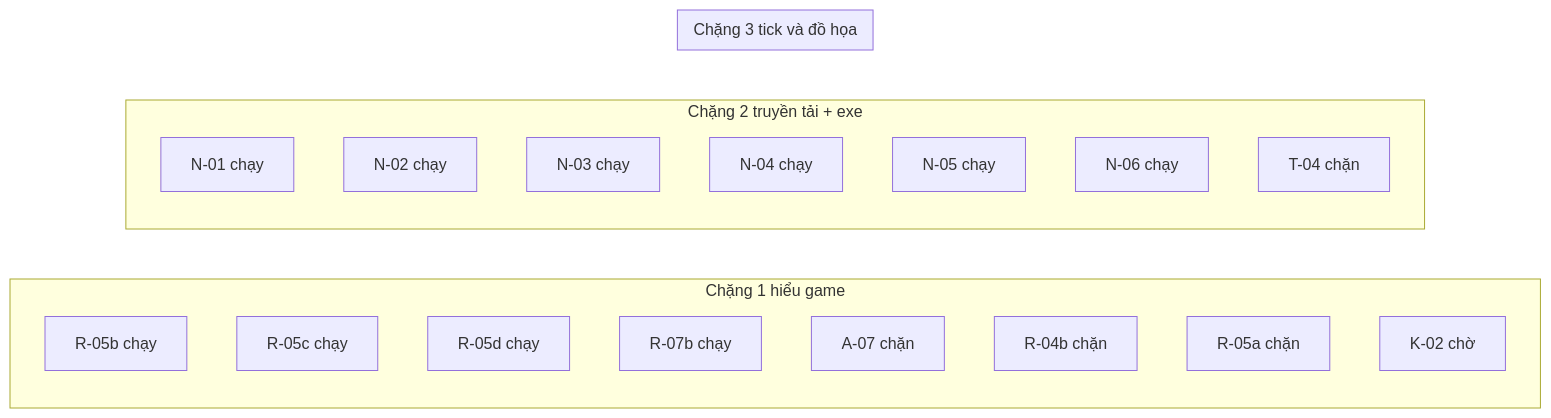
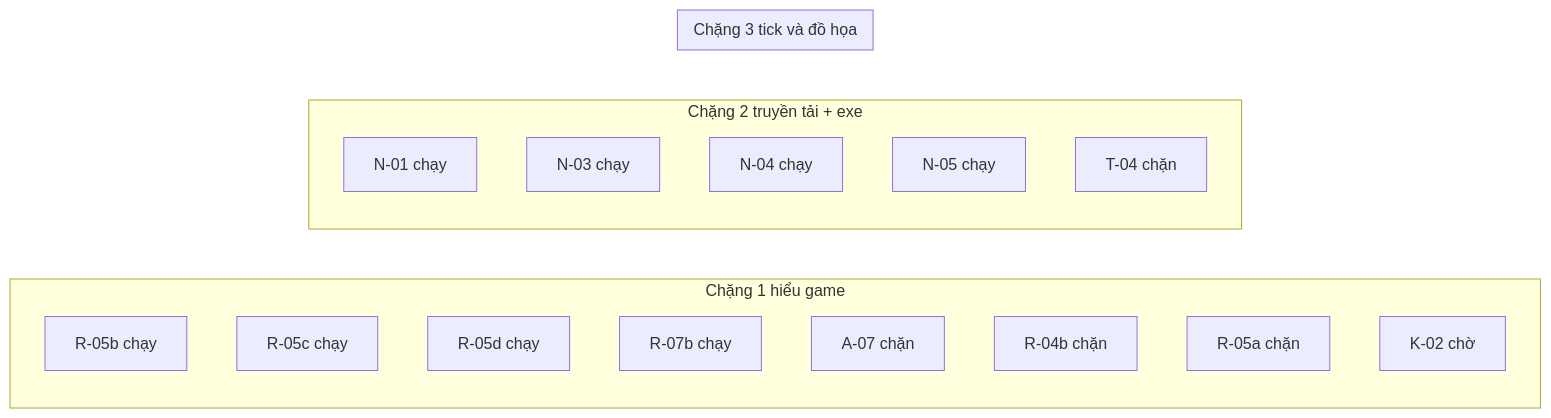
One commit to ndtangoss-dev/jx1-reports changed the diagram in JX1_OPS/STATE/TIEN-DO.md. Above: the diagram before and after it, drawn with Mermaid. The commit also changed other lines of this file and 3 other files, not shown here.

````diff
--- a/JX1_OPS/STATE/TIEN-DO.md
+++ b/JX1_OPS/STATE/TIEN-DO.md
@@ -9,24 +9,22 @@
 ```mermaid
 flowchart LR
   subgraph S1["Chặng 1 hiểu game"]
     R_05b["R-05b chạy"]
     R_05c["R-05c chạy"]
     R_05d["R-05d chạy"]
     R_07b["R-07b chạy"]
     A_07["A-07 chặn"]
     R_04b["R-04b chặn"]
     R_05a["R-05a chặn"]
     K_02["K-02 chờ"]
   end
   subgraph S2["Chặng 2 truyền tải + exe"]
     N_01["N-01 chạy"]
-    N_02["N-02 chạy"]
     N_03["N-03 chạy"]
     N_04["N-04 chạy"]
     N_05["N-05 chạy"]
-    N_06["N-06 chạy"]
     T_04["T-04 chặn"]
   end
   subgraph S3["Chặng 3 tick và đồ họa"]
   end
 ```
````
